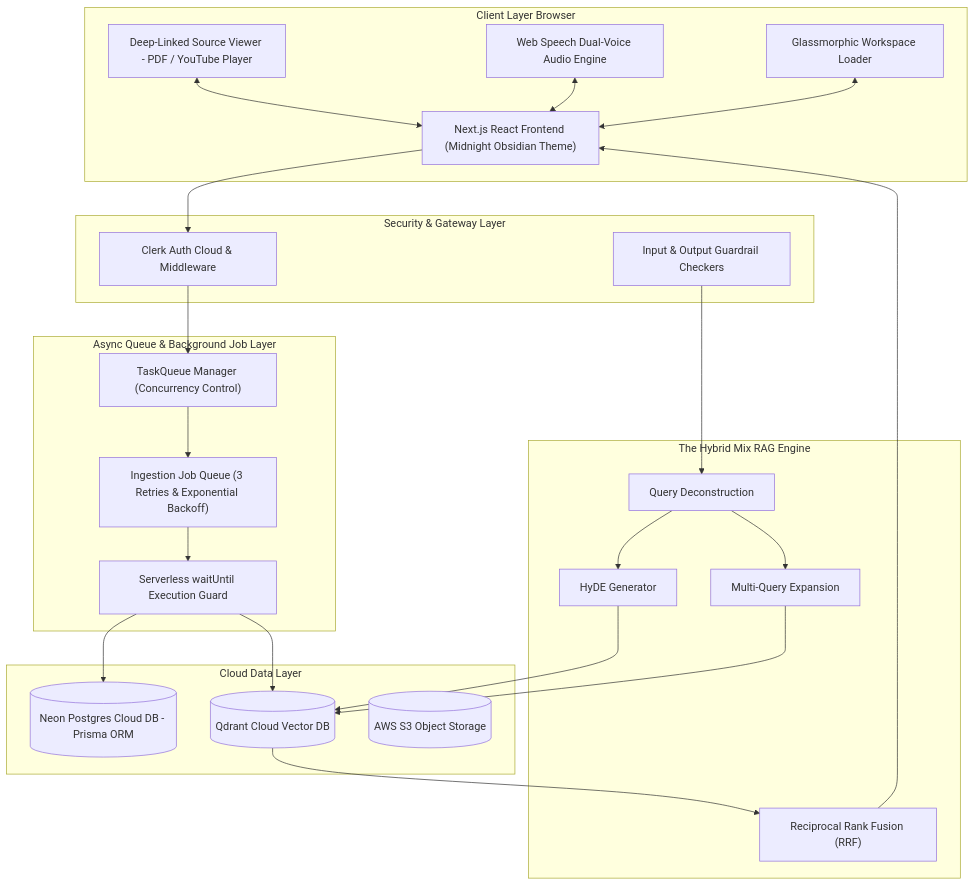
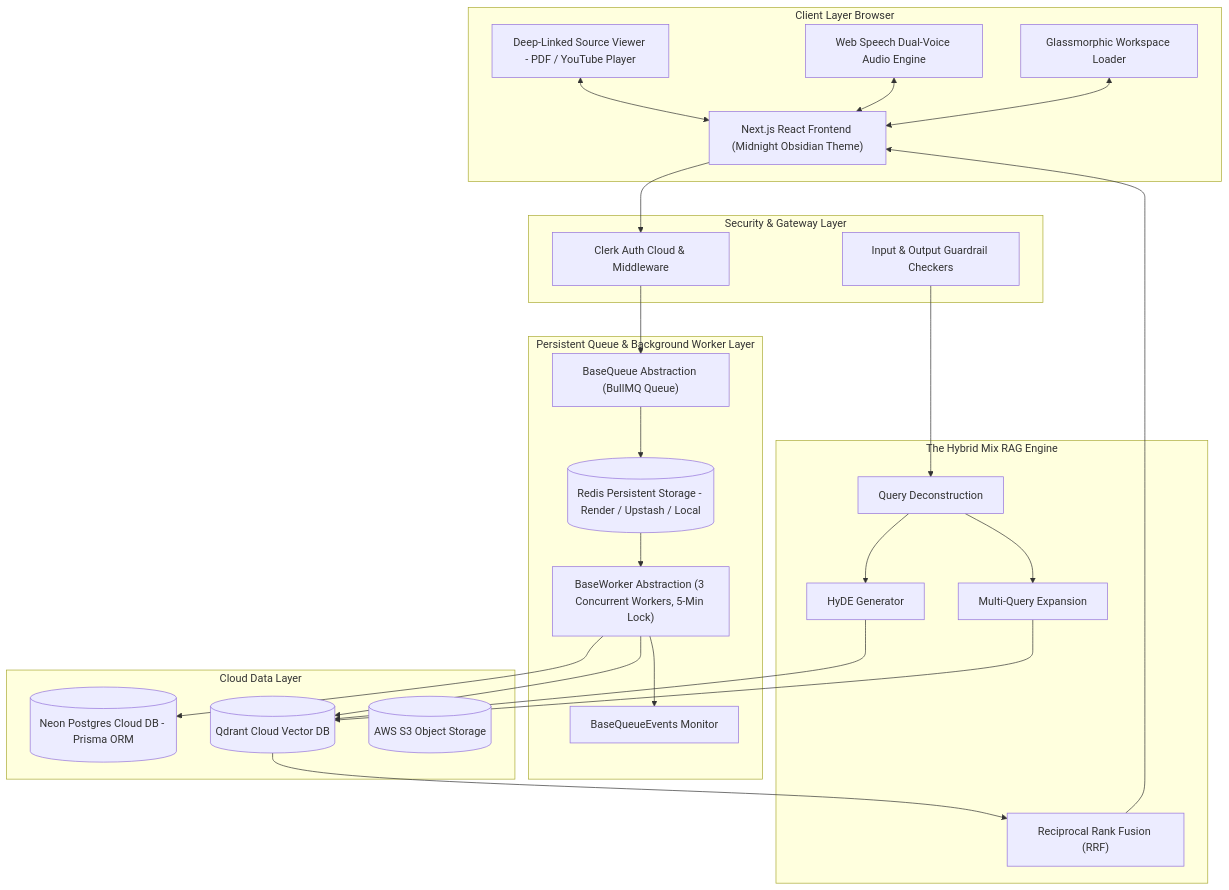
Before and after one commit to anks-gupta/synth-mind: the diagram in README.md, drawn with Mermaid. The commit also changed other lines of this file and 15 other files, not shown here.

````diff
--- a/README.md
+++ b/README.md
@@ -46,52 +49,54 @@
 ```mermaid
 graph TD
     subgraph ClientLayer ["Client Layer Browser"]
         UI["Next.js React Frontend (Midnight Obsidian Theme)"]
         Viewer["Deep-Linked Source Viewer - PDF / YouTube Player"]
         AudioEngine["Web Speech Dual-Voice Audio Engine"]
         WorkspaceLoader["Glassmorphic Workspace Loader"]
     end
 
-    subgraph QueueLayer ["Async Queue & Background Job Layer"]
-        TaskQueue["TaskQueue Manager (Concurrency Control)"]
-        IngestionQueue["Ingestion Job Queue (3 Retries & Exponential Backoff)"]
-        ServerlessGuard["Serverless waitUntil Execution Guard"]
+    subgraph QueueLayer ["Persistent Queue & Background Worker Layer"]
+        BaseQueue["BaseQueue Abstraction (BullMQ Queue)"]
+        BaseWorker["BaseWorker Abstraction (3 Concurrent Workers, 5-Min Lock)"]
+        BaseEvents["BaseQueueEvents Monitor"]
+        RedisStorage[("Redis Persistent Storage - Render / Upstash / Local")]
     end
 
     subgraph SecurityLayer ["Security & Gateway Layer"]
         Clerk["Clerk Auth Cloud & Middleware"]
         Guardrails["Input & Output Guardrail Checkers"]
     end
 
     subgraph HybridRAGEngine ["The Hybrid Mix RAG Engine"]
         Deconstruct["Query Deconstruction"]
         HyDE["HyDE Generator"]
         MultiQuery["Multi-Query Expansion"]
         RRF["Reciprocal Rank Fusion (RRF)"]
     end
 
     subgraph DataLayer ["Cloud Data Layer"]
         NeonDB[("Neon Postgres Cloud DB - Prisma ORM")]
         Qdrant[("Qdrant Cloud Vector DB")]
         S3[("AWS S3 Object Storage")]
     end
 
     UI --> Clerk
-    Clerk --> TaskQueue
-    TaskQueue --> IngestionQueue
-    IngestionQueue --> ServerlessGuard
-    ServerlessGuard --> Qdrant
-    ServerlessGuard --> NeonDB
+    Clerk --> BaseQueue
+    BaseQueue --> RedisStorage
+    RedisStorage --> BaseWorker
+    BaseWorker --> BaseEvents
+    BaseWorker --> Qdrant
+    BaseWorker --> NeonDB
     
     Guardrails --> Deconstruct
     Deconstruct --> HyDE
     Deconstruct --> MultiQuery
     HyDE --> Qdrant
     MultiQuery --> Qdrant
     Qdrant --> RRF
     RRF --> UI
 
     Viewer <--> UI
     AudioEngine <--> UI
     WorkspaceLoader <--> UI
 ```
````
